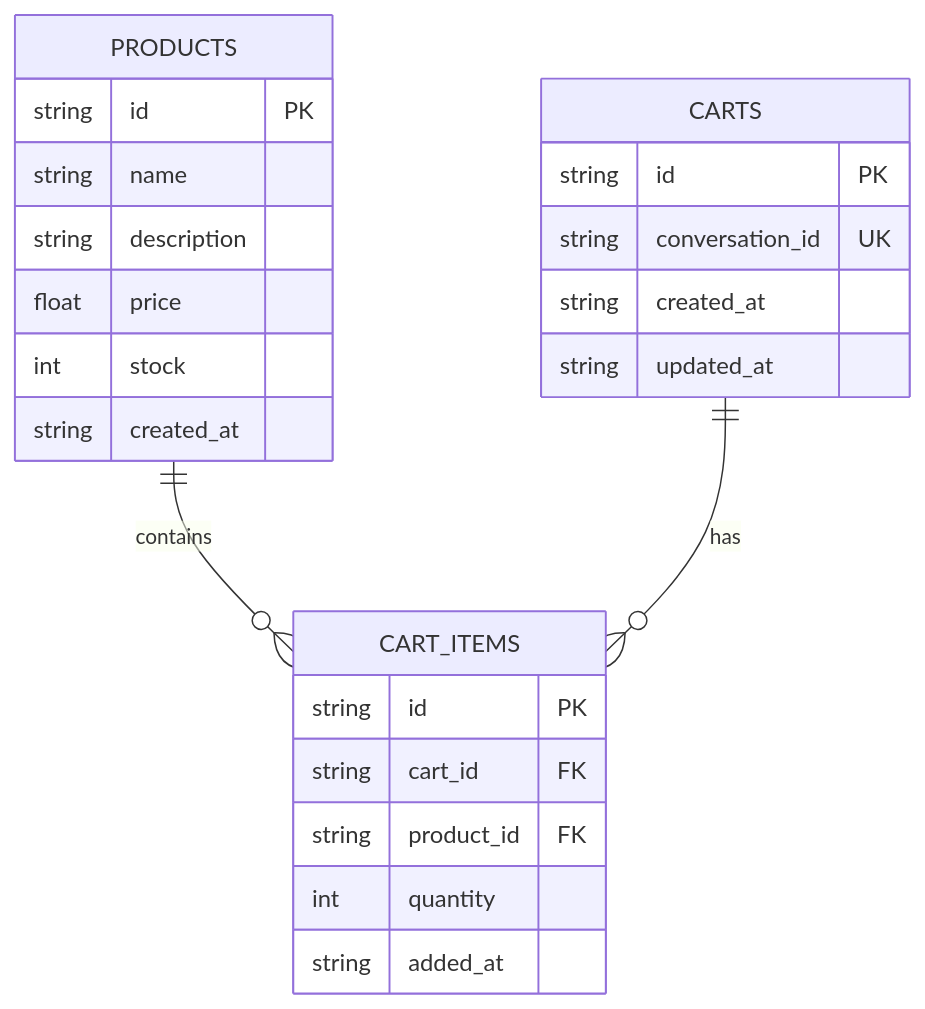
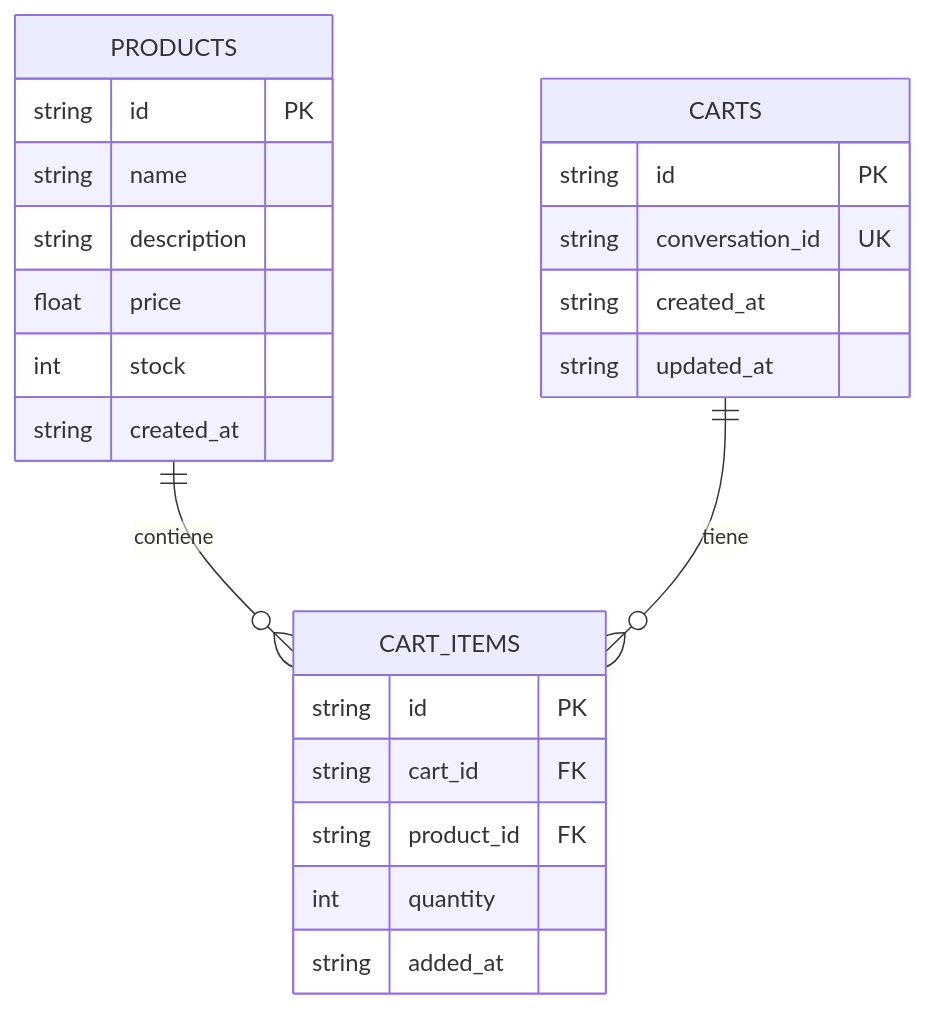
Before and after one commit to ezzz37/laburen-ai-agent-challenge: the fourth of 6 diagrams in docs/ARCHITECTURE.md, drawn with Mermaid. The commit also changed other lines of this file and 5 other files, not shown here.

````diff
--- a/docs/ARCHITECTURE.md
+++ b/docs/ARCHITECTURE.md
@@ -89,29 +117,29 @@
 ```mermaid
 erDiagram
-    PRODUCTS ||--o{ CART_ITEMS : contains
-    CARTS ||--o{ CART_ITEMS : has
+    PRODUCTS ||--o{ CART_ITEMS : contiene
+    CARTS ||--o{ CART_ITEMS : tiene
     
     PRODUCTS {
         string id PK
         string name
         string description
         float price
         int stock
         string created_at
     }
     
     CARTS {
         string id PK
         string conversation_id UK
         string created_at
         string updated_at
     }
     
     CART_ITEMS {
         string id PK
         string cart_id FK
         string product_id FK
         int quantity
         string added_at
     }
 ```
````
